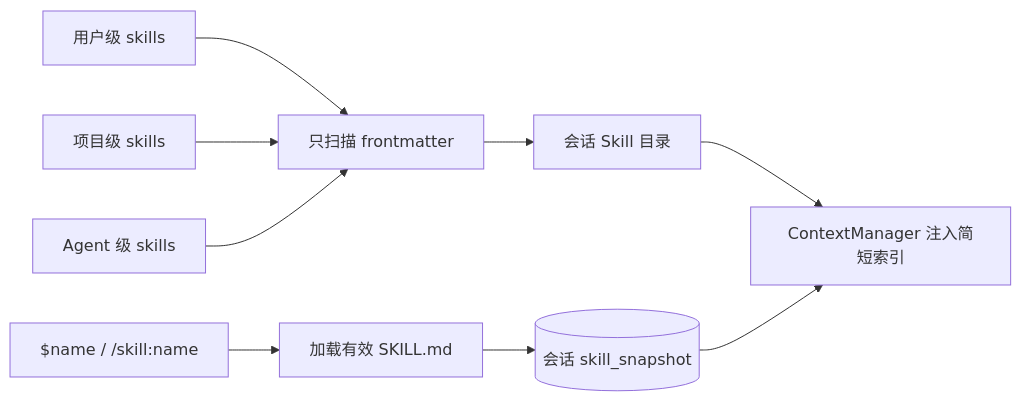
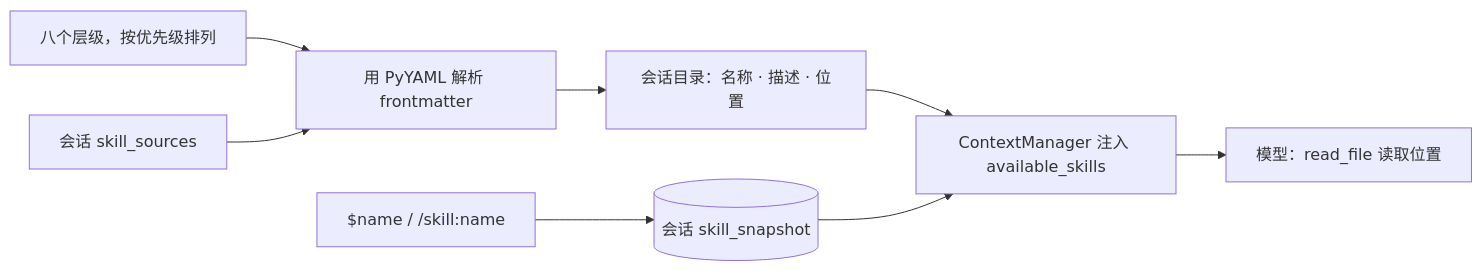
One commit to Azzurroooo/rind changed the diagram in docs/internals/02-context/skills.zh-CN.md. Above: the diagram before and after it, drawn with Mermaid. The commit also changed other lines of this file and 10 other files, not shown here.

First line of the commit message:
docs(skills): document skill layers, /import and reading skills as files

```diff
--- a/docs/internals/02-context/skills.zh-CN.md
+++ b/docs/internals/02-context/skills.zh-CN.md
@@ -7,11 +7,10 @@
 ~~~mermaid
 flowchart LR
-    U["用户级 skills"] --> SCAN["只扫描 frontmatter"]
-    P["项目级 skills"] --> SCAN
-    A["Agent 级 skills"] --> SCAN
-    SCAN --> INDEX["会话 Skill 目录"]
-    INDEX --> CM["ContextManager 注入简短索引"]
-    CALL["$name / /skill:name"] --> LOAD["加载有效 SKILL.md"]
-    LOAD --> SNAP[("会话 skill_snapshot")]
+    LAYERS["八个层级，按优先级排列"] --> SCAN["用 PyYAML 解析 frontmatter"]
+    IMPORTS["会话 skill_sources"] --> SCAN
+    SCAN --> INDEX["会话目录：名称 · 描述 · 位置"]
+    INDEX --> CM["ContextManager 注入 available_skills"]
+    CM --> READ["模型：read_file 读取位置"]
+    CALL["$name / /skill:name"] --> SNAP[("会话 skill_snapshot")]
     SNAP --> CM
 ~~~
```
